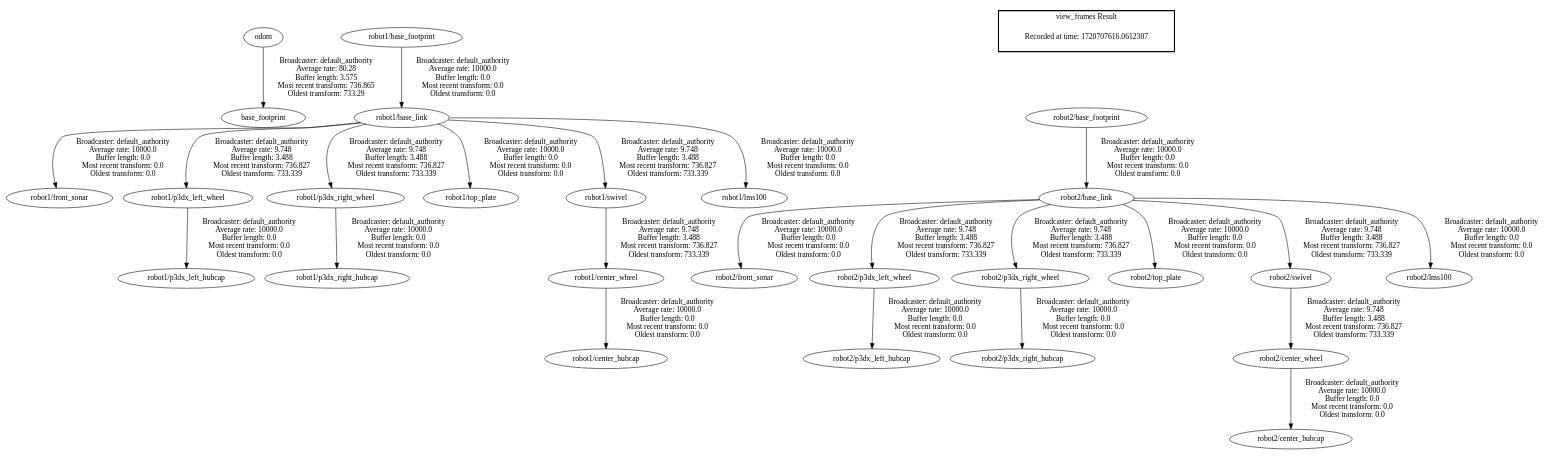
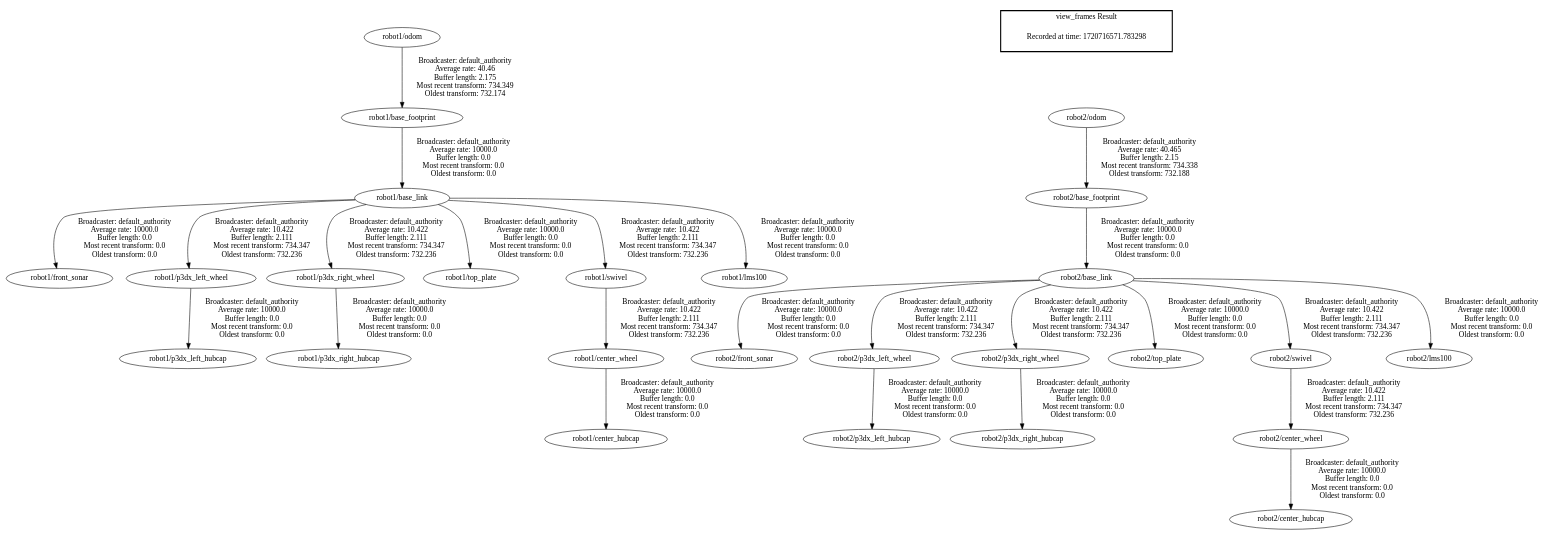
Before and after one commit to Ara-O/main_ws: the diagram in frames.gv, drawn with Graphviz. The commit also changed 5 other files, not shown here.

Commit message:
Odom now parents each robot so progress?

```diff
--- a/frames.gv
+++ b/frames.gv
@@ -1,29 +1,30 @@
 digraph G {
-"odom" -> "base_footprint"[label=" Broadcaster: default_authority\nAverage rate: 80.28\nBuffer length: 3.575\nMost recent transform: 736.865\nOldest transform: 733.29\n"];
+"robot1/odom" -> "robot1/base_footprint"[label=" Broadcaster: default_authority\nAverage rate: 40.46\nBuffer length: 2.175\nMost recent transform: 734.349\nOldest transform: 732.174\n"];
+"robot2/base_link" -> "robot2/front_sonar"[label=" Broadcaster: default_authority\nAverage rate: 10000.0\nBuffer length: 0.0\nMost recent transform: 0.0\nOldest transform: 0.0\n"];
+"robot2/base_footprint" -> "robot2/base_link"[label=" Broadcaster: default_authority\nAverage rate: 10000.0\nBuffer length: 0.0\nMost recent transform: 0.0\nOldest transform: 0.0\n"];
+"robot2/odom" -> "robot2/base_footprint"[label=" Broadcaster: default_authority\nAverage rate: 40.465\nBuffer length: 2.15\nMost recent transform: 734.338\nOldest transform: 732.188\n"];
+"robot2/p3dx_left_wheel" -> "robot2/p3dx_left_hubcap"[label=" Broadcaster: default_authority\nAverage rate: 10000.0\nBuffer length: 0.0\nMost recent transform: 0.0\nOldest transform: 0.0\n"];
+"robot2/base_link" -> "robot2/p3dx_left_wheel"[label=" Broadcaster: default_authority\nAverage rate: 10.422\nBuffer length: 2.111\nMost recent transform: 734.347\nOldest transform: 732.236\n"];
+"robot2/p3dx_right_wheel" -> "robot2/p3dx_right_hubcap"[label=" Broadcaster: default_authority\nAverage rate: 10000.0\nBuffer length: 0.0\nMost recent transform: 0.0\nOldest transform: 0.0\n"];
+"robot2/base_link" -> "robot2/p3dx_right_wheel"[label=" Broadcaster: default_authority\nAverage rate: 10.422\nBuffer length: 2.111\nMost recent transform: 734.347\nOldest transform: 732.236\n"];
+"robot2/base_link" -> "robot2/top_plate"[label=" Broadcaster: default_authority\nAverage rate: 10000.0\nBuffer length: 0.0\nMost recent transform: 0.0\nOldest transform: 0.0\n"];
+"robot2/center_wheel" -> "robot2/center_hubcap"[label=" Broadcaster: default_authority\nAverage rate: 10000.0\nBuffer length: 0.0\nMost recent transform: 0.0\nOldest transform: 0.0\n"];
+"robot2/swivel" -> "robot2/center_wheel"[label=" Broadcaster: default_authority\nAverage rate: 10.422\nBuffer length: 2.111\nMost recent transform: 734.347\nOldest transform: 732.236\n"];
+"robot2/base_link" -> "robot2/lms100"[label=" Broadcaster: default_authority\nAverage rate: 10000.0\nBuffer length: 0.0\nMost recent transform: 0.0\nOldest transform: 0.0\n"];
 "robot1/base_link" -> "robot1/front_sonar"[label=" Broadcaster: default_authority\nAverage rate: 10000.0\nBuffer length: 0.0\nMost recent transform: 0.0\nOldest transform: 0.0\n"];
 "robot1/base_footprint" -> "robot1/base_link"[label=" Broadcaster: default_authority\nAverage rate: 10000.0\nBuffer length: 0.0\nMost recent transform: 0.0\nOldest transform: 0.0\n"];
 "robot1/p3dx_left_wheel" -> "robot1/p3dx_left_hubcap"[label=" Broadcaster: default_authority\nAverage rate: 10000.0\nBuffer length: 0.0\nMost recent transform: 0.0\nOldest transform: 0.0\n"];
-"robot1/base_link" -> "robot1/p3dx_left_wheel"[label=" Broadcaster: default_authority\nAverage rate: 9.748\nBuffer length: 3.488\nMost recent transform: 736.827\nOldest transform: 733.339\n"];
+"robot1/base_link" -> "robot1/p3dx_left_wheel"[label=" Broadcaster: default_authority\nAverage rate: 10.422\nBuffer length: 2.111\nMost recent transform: 734.347\nOldest transform: 732.236\n"];
 "robot1/p3dx_right_wheel" -> "robot1/p3dx_right_hubcap"[label=" Broadcaster: default_authority\nAverage rate: 10000.0\nBuffer length: 0.0\nMost recent transform: 0.0\nOldest transform: 0.0\n"];
-"robot1/base_link" -> "robot1/p3dx_right_wheel"[label=" Broadcaster: default_authority\nAverage rate: 9.748\nBuffer length: 3.488\nMost recent transform: 736.827\nOldest transform: 733.339\n"];
+"robot1/base_link" -> "robot1/p3dx_right_wheel"[label=" Broadcaster: default_authority\nAverage rate: 10.422\nBuffer length: 2.111\nMost recent transform: 734.347\nOldest transform: 732.236\n"];
 "robot1/base_link" -> "robot1/top_plate"[label=" Broadcaster: default_authority\nAverage rate: 10000.0\nBuffer length: 0.0\nMost recent transform: 0.0\nOldest transform: 0.0\n"];
 "robot1/center_wheel" -> "robot1/center_hubcap"[label=" Broadcaster: default_authority\nAverage rate: 10000.0\nBuffer length: 0.0\nMost recent transform: 0.0\nOldest transform: 0.0\n"];
-"robot1/swivel" -> "robot1/center_wheel"[label=" Broadcaster: default_authority\nAverage rate: 9.748\nBuffer length: 3.488\nMost recent transform: 736.827\nOldest transform: 733.339\n"];
+"robot1/swivel" -> "robot1/center_wheel"[label=" Broadcaster: default_authority\nAverage rate: 10.422\nBuffer length: 2.111\nMost recent transform: 734.347\nOldest transform: 732.236\n"];
 "robot1/base_link" -> "robot1/lms100"[label=" Broadcaster: default_authority\nAverage rate: 10000.0\nBuffer length: 0.0\nMost recent transform: 0.0\nOldest transform: 0.0\n"];
-"robot2/base_link" -> "robot2/front_sonar"[label=" Broadcaster: default_authority\nAverage rate: 10000.0\nBuffer length: 0.0\nMost recent transform: 0.0\nOldest transform: 0.0\n"];
-"robot2/base_footprint" -> "robot2/base_link"[label=" Broadcaster: default_authority\nAverage rate: 10000.0\nBuffer length: 0.0\nMost recent transform: 0.0\nOldest transform: 0.0\n"];
-"robot2/p3dx_left_wheel" -> "robot2/p3dx_left_hubcap"[label=" Broadcaster: default_authority\nAverage rate: 10000.0\nBuffer length: 0.0\nMost recent transform: 0.0\nOldest transform: 0.0\n"];
-"robot2/base_link" -> "robot2/p3dx_left_wheel"[label=" Broadcaster: default_authority\nAverage rate: 9.748\nBuffer length: 3.488\nMost recent transform: 736.827\nOldest transform: 733.339\n"];
-"robot2/p3dx_right_wheel" -> "robot2/p3dx_right_hubcap"[label=" Broadcaster: default_authority\nAverage rate: 10000.0\nBuffer length: 0.0\nMost recent transform: 0.0\nOldest transform: 0.0\n"];
-"robot2/base_link" -> "robot2/p3dx_right_wheel"[label=" Broadcaster: default_authority\nAverage rate: 9.748\nBuffer length: 3.488\nMost recent transform: 736.827\nOldest transform: 733.339\n"];
-"robot2/base_link" -> "robot2/top_plate"[label=" Broadcaster: default_authority\nAverage rate: 10000.0\nBuffer length: 0.0\nMost recent transform: 0.0\nOldest transform: 0.0\n"];
-"robot2/center_wheel" -> "robot2/center_hubcap"[label=" Broadcaster: default_authority\nAverage rate: 10000.0\nBuffer length: 0.0\nMost recent transform: 0.0\nOldest transform: 0.0\n"];
-"robot2/swivel" -> "robot2/center_wheel"[label=" Broadcaster: default_authority\nAverage rate: 9.748\nBuffer length: 3.488\nMost recent transform: 736.827\nOldest transform: 733.339\n"];
-"robot2/base_link" -> "robot2/lms100"[label=" Broadcaster: default_authority\nAverage rate: 10000.0\nBuffer length: 0.0\nMost recent transform: 0.0\nOldest transform: 0.0\n"];
-"robot2/base_link" -> "robot2/swivel"[label=" Broadcaster: default_authority\nAverage rate: 9.748\nBuffer length: 3.488\nMost recent transform: 736.827\nOldest transform: 733.339\n"];
-"robot1/base_link" -> "robot1/swivel"[label=" Broadcaster: default_authority\nAverage rate: 9.748\nBuffer length: 3.488\nMost recent transform: 736.827\nOldest transform: 733.339\n"];
+"robot1/base_link" -> "robot1/swivel"[label=" Broadcaster: default_authority\nAverage rate: 10.422\nBuffer length: 2.111\nMost recent transform: 734.347\nOldest transform: 732.236\n"];
+"robot2/base_link" -> "robot2/swivel"[label=" Broadcaster: default_authority\nAverage rate: 10.422\nBuffer length: 2.111\nMost recent transform: 734.347\nOldest transform: 732.236\n"];
 edge [style=invis];
  subgraph cluster_legend { style=bold; color=black; label ="view_frames Result";
-"Recorded at time: 1720707616.0612307"[ shape=plaintext ] ;
-}->"robot2/base_footprint";
+"Recorded at time: 1720716571.783298"[ shape=plaintext ] ;
+}->"robot2/odom";
 }
```
